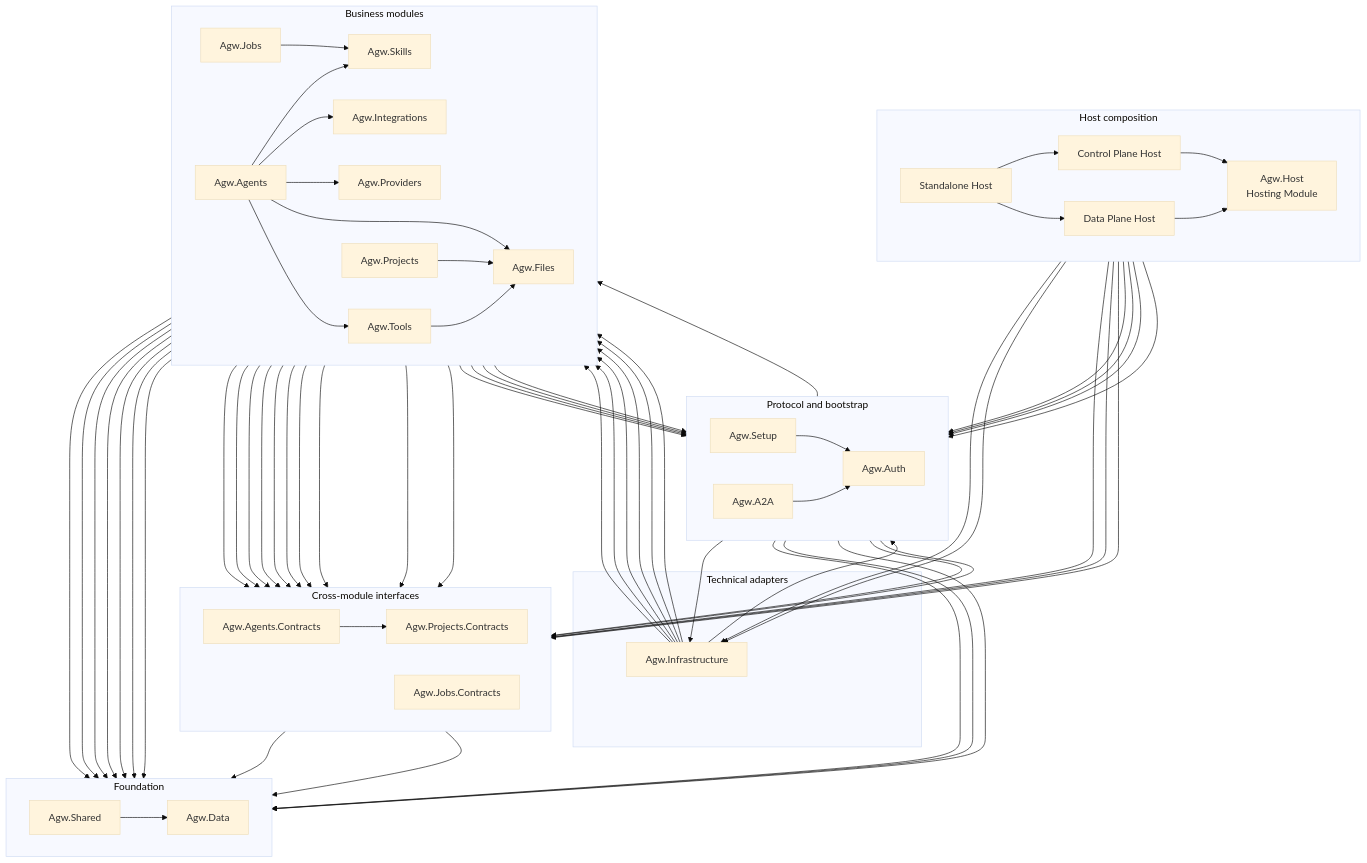
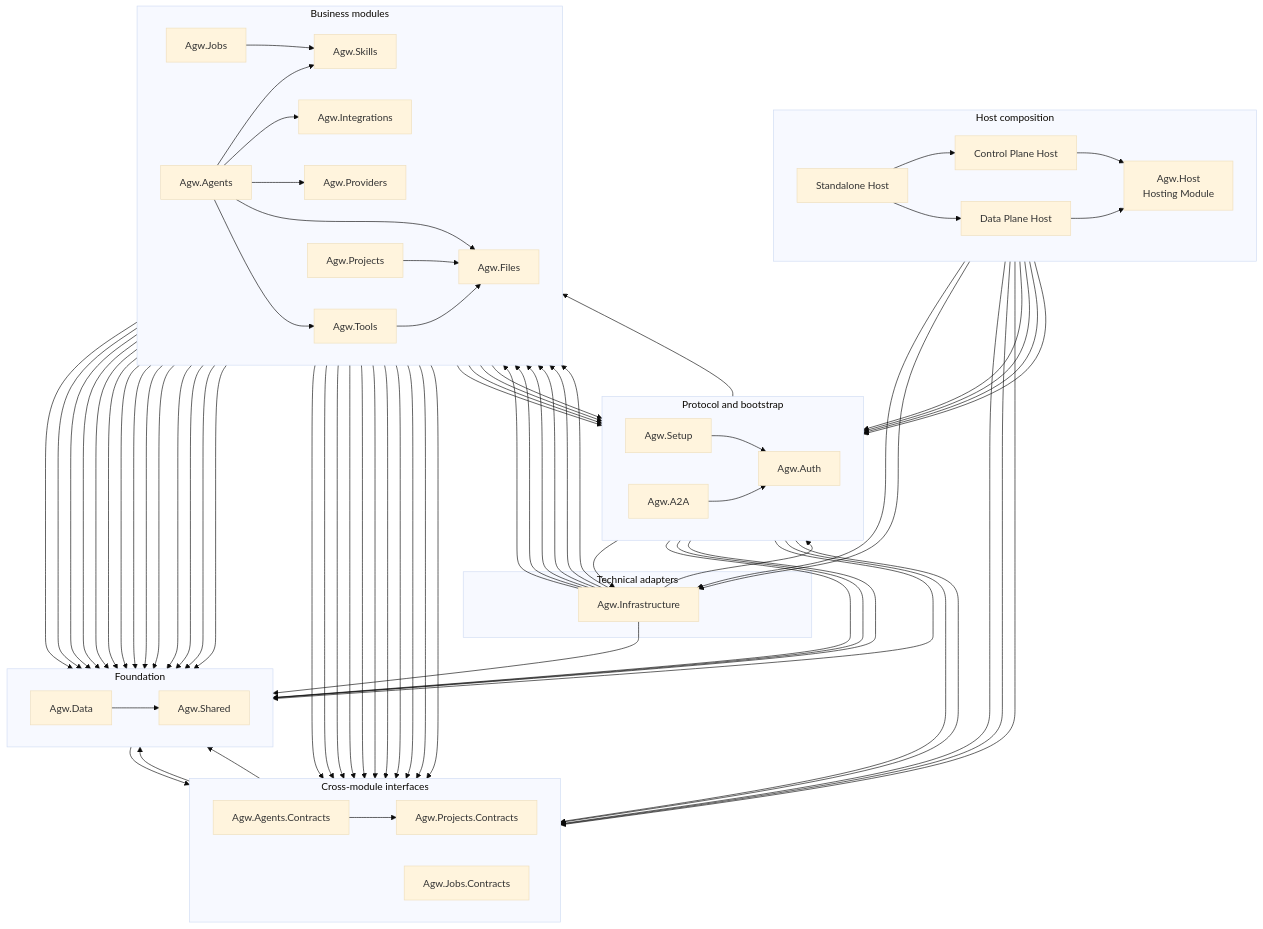
Before and after one commit to zxyao145/agw: the diagram in docs/2.Architecture.md, drawn with Mermaid (base theme). The commit also changed other lines of this file and 324 other files, not shown here.

First line of the commit message:
refactor(architecture): move shared contracts into module ownership

````diff
--- a/docs/2.Architecture.md
+++ b/docs/2.Architecture.md
@@ -129,15 +129,18 @@
     INFRA --> PROJECTS
     INFRA --> SKILLS
     INFRA --> JOBS
+    INFRA --> DATA
 
     SKILLS --> AGENT_CONTRACTS
     SKILLS --> SHARED
+    SKILLS --> DATA
     JOBS --> AGENT_CONTRACTS
     JOBS --> PROJECT_CONTRACTS
     JOBS --> JOB_CONTRACTS
     JOBS --> AUTH
     JOBS --> SHARED
     JOBS --> SKILLS
+    JOBS --> DATA
 
     AGENTS --> AUTH
     AGENTS --> AGENT_CONTRACTS
@@ -148,21 +151,28 @@
     AGENTS --> SHARED
     AGENTS --> SKILLS
     AGENTS --> PROJECT_CONTRACTS
+    AGENTS --> DATA
 
     PROJECTS --> AGENT_CONTRACTS
     PROJECTS --> PROJECT_CONTRACTS
     PROJECTS --> FILES
     PROJECTS --> AUTH
     PROJECTS --> SHARED
+    PROJECTS --> DATA
+    TOOLS --> AGENT_CONTRACTS
     TOOLS --> AUTH
+    TOOLS --> DATA
     TOOLS --> FILES
     TOOLS --> SHARED
 
     AUTH --> SHARED
+    AUTH --> DATA
     INTEGRATIONS --> PROJECT_CONTRACTS
     INTEGRATIONS --> SHARED
+    INTEGRATIONS --> DATA
     PROVIDERS --> AGENT_CONTRACTS
     PROVIDERS --> SHARED
+    PROVIDERS --> DATA
 
     AGENT_CONTRACTS --> PROJECT_CONTRACTS
     AGENT_CONTRACTS --> SHARED
@@ -170,5 +180,6 @@
 
     %% Layout only: keep the foundation below the business modules.
     FILES ~~~ SHARED
-    SHARED --> DATA
+    DATA --> AGENT_CONTRACTS
+    DATA --> SHARED
 ```
````
